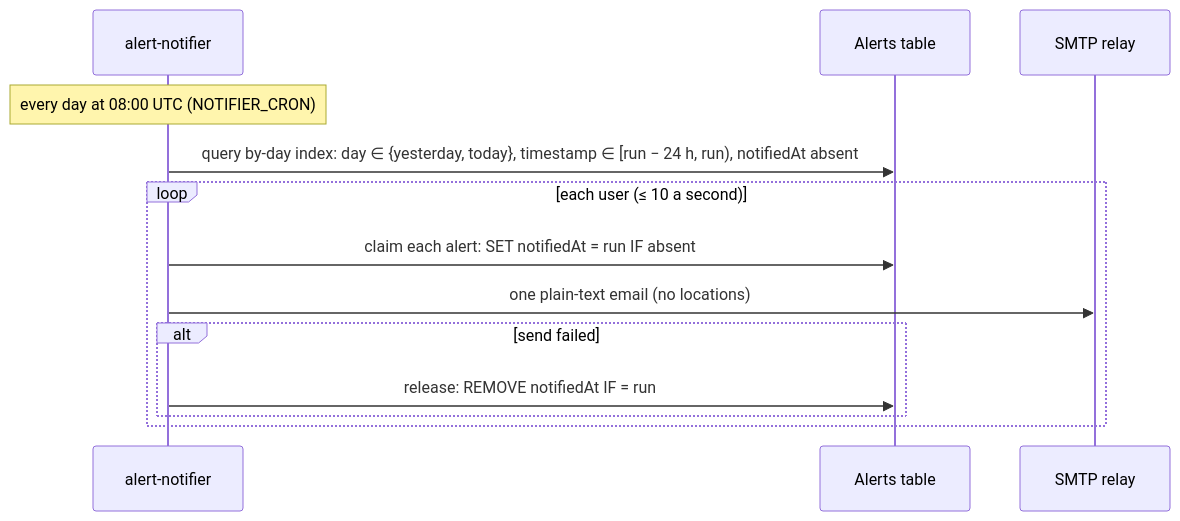
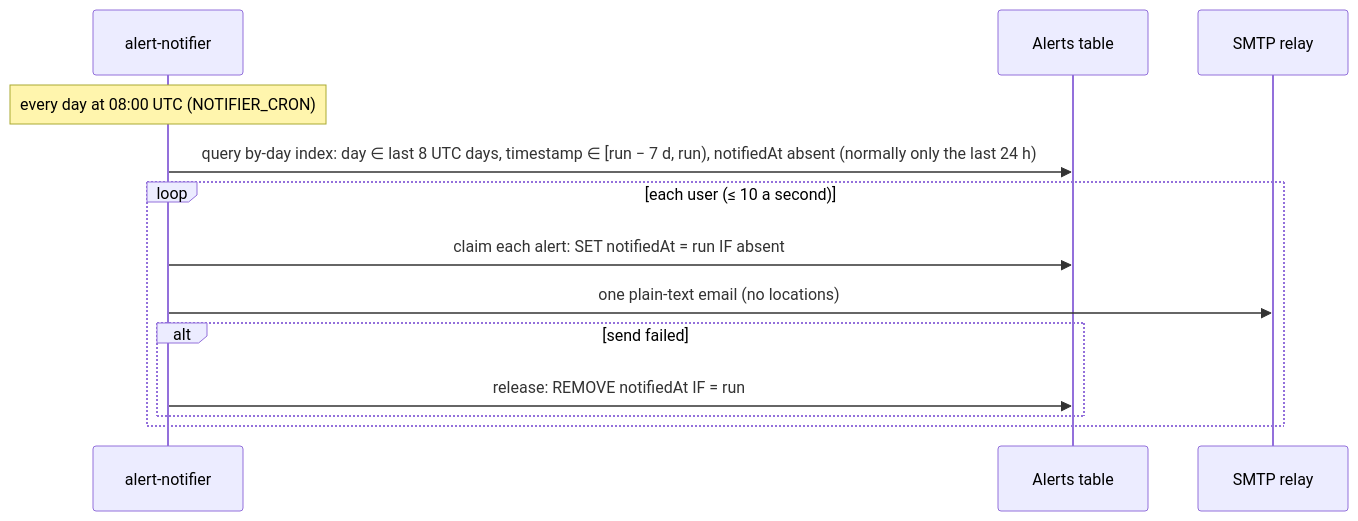
One commit to manojkhanwalkar/creditagent changed the seventh of 7 diagrams in docs/architecture.md. Above: the diagram before and after it, drawn with Mermaid. The commit also changed other lines of this file and 14 other files, not shown here.

````diff
--- a/docs/architecture.md
+++ b/docs/architecture.md
@@ -369,15 +369,15 @@
 ```mermaid
 sequenceDiagram
     participant N as alert-notifier
     participant A as Alerts table
     participant S as SMTP relay
     Note over N: every day at 08:00 UTC (NOTIFIER_CRON)
-    N->>A: query by-day index: day ∈ {yesterday, today}, timestamp ∈ [run − 24 h, run), notifiedAt absent
+    N->>A: query by-day index: day ∈ last 8 UTC days, timestamp ∈ [run − 7 d, run), notifiedAt absent (normally only the last 24 h)
     loop each user (≤ 10 a second)
         N->>A: claim each alert: SET notifiedAt = run IF absent
         N->>S: one plain-text email (no locations)
         alt send failed
             N->>A: release: REMOVE notifiedAt IF = run
         end
     end
 ```
````
